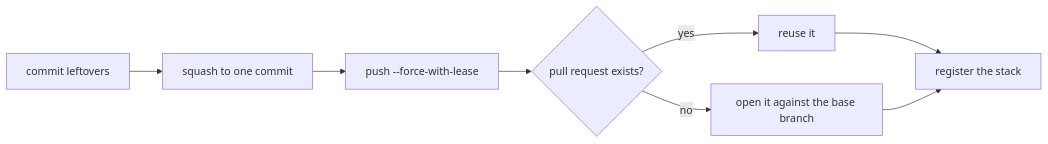
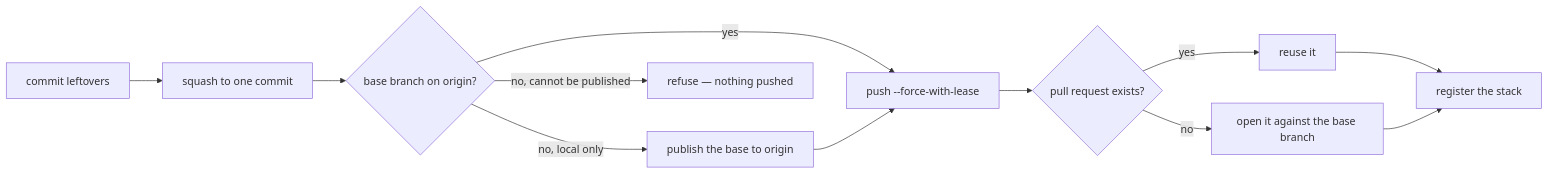
Before and after one commit to marvingygas/spoolway: the second of 4 diagrams in docs/pipelines.md, drawn with Mermaid. The commit also changed other lines of this file and 4 other files, not shown here.

Commit message:
fix(stack): publish the base before opening the pull request

````diff
--- a/docs/pipelines.md
+++ b/docs/pipelines.md
@@ -278,9 +278,12 @@
 ```mermaid
 flowchart LR
-  A[commit leftovers] --> B[squash to one commit] --> C[push --force-with-lease]
+  A[commit leftovers] --> B[squash to one commit] --> H{base branch on origin?}
+  H -->|yes| C[push --force-with-lease]
+  H -->|no, local only| P[publish the base to origin] --> C
+  H -->|no, cannot be published| R[refuse — nothing pushed]
   C --> D{pull request exists?}
   D -->|yes| E[reuse it]
   D -->|no| F[open it against the base branch]
   E --> G[register the stack]
   F --> G
 ```
````
